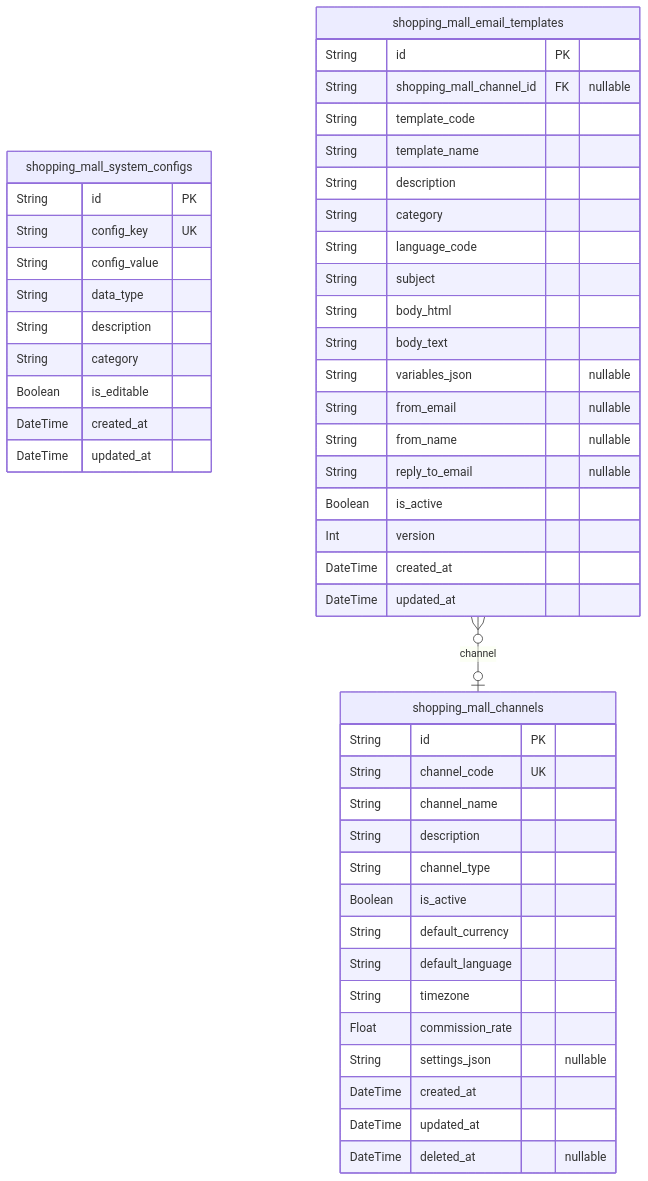
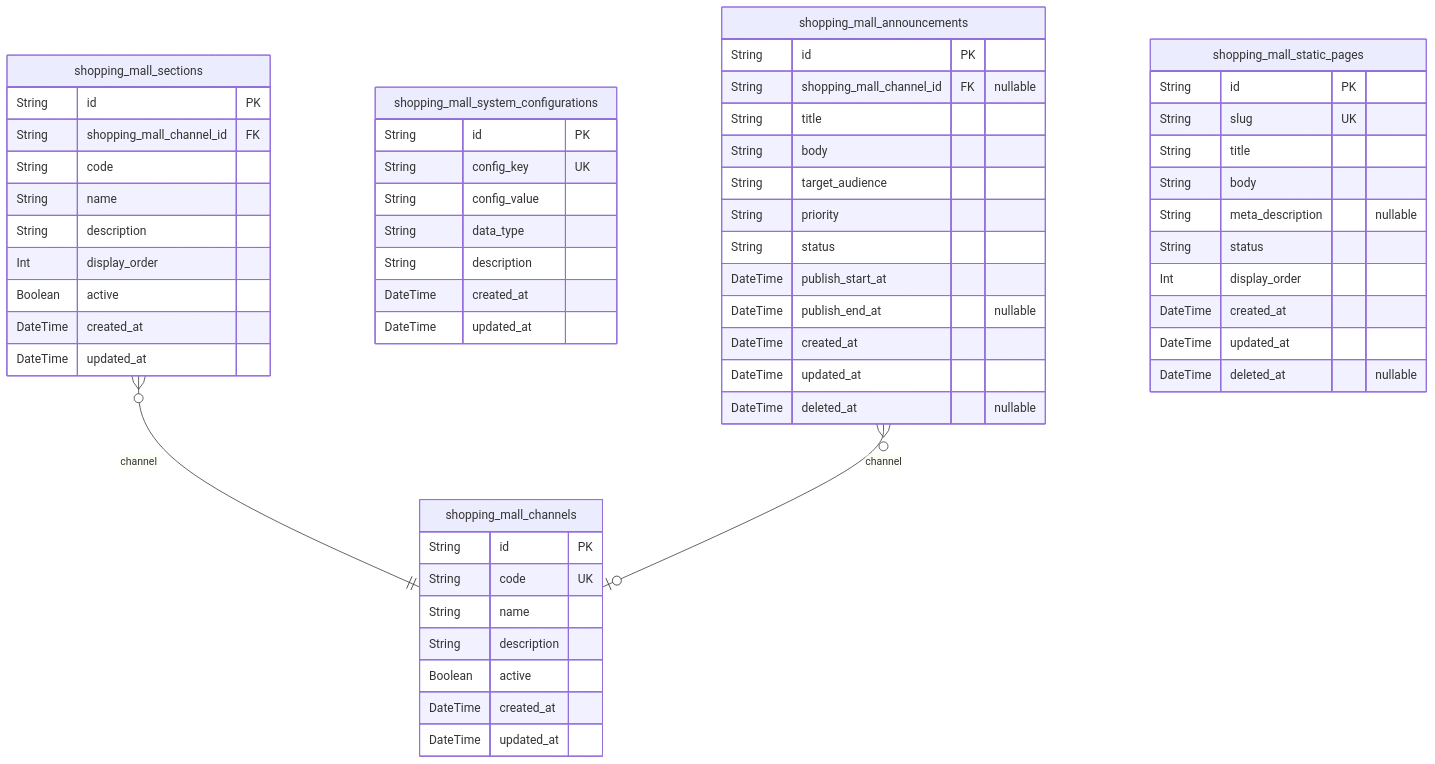
The first of 10 diagrams in anthropic/claude-sonnet-4.5/shopping/docs/ERD.md (wrtnlabs/autobe-examples), drawn with Mermaid before and after one commit. The commit also changed other lines of this file and 16146 other files, not shown here.

````diff
--- a/anthropic/claude-sonnet-4.5/shopping/docs/ERD.md
+++ b/anthropic/claude-sonnet-4.5/shopping/docs/ERD.md
@@ -17,51 +18,60 @@
 ```mermaid
 erDiagram
-"shopping_mall_system_configs" {
+"shopping_mall_channels" {
+  String id PK
+  String code UK
+  String name
+  String description
+  Boolean active
+  DateTime created_at
+  DateTime updated_at
+}
+"shopping_mall_sections" {
+  String id PK
+  String shopping_mall_channel_id FK
+  String code
+  String name
+  String description
+  Int display_order
+  Boolean active
+  DateTime created_at
+  DateTime updated_at
+}
+"shopping_mall_system_configurations" {
   String id PK
   String config_key UK
   String config_value
   String data_type
   String description
-  String category
-  Boolean is_editable
   DateTime created_at
   DateTime updated_at
 }
-"shopping_mall_channels" {
+"shopping_mall_announcements" {
   String id PK
-  String channel_code UK
-  String channel_name
-  String description
-  String channel_type
-  Boolean is_active
-  String default_currency
-  String default_language
-  String timezone
-  Float commission_rate
-  String settings_json "nullable"
+  String shopping_mall_channel_id FK "nullable"
+  String title
+  String body
+  String target_audience
+  String priority
+  String status
+  DateTime publish_start_at
+  DateTime publish_end_at "nullable"
   DateTime created_at
   DateTime updated_at
   DateTime deleted_at "nullable"
 }
-"shopping_mall_email_templates" {
+"shopping_mall_static_pages" {
   String id PK
-  String shopping_mall_channel_id FK "nullable"
-  String template_code
-  String template_name
-  String description
-  String category
-  String language_code
-  String subject
-  String body_html
-  String body_text
-  String variables_json "nullable"
-  String from_email "nullable"
-  String from_name "nullable"
-  String reply_to_email "nullable"
-  Boolean is_active
-  Int version
+  String slug UK
+  String title
+  String body
+  String meta_description "nullable"
+  String status
+  Int display_order
   DateTime created_at
   DateTime updated_at
+  DateTime deleted_at "nullable"
 }
-"shopping_mall_email_templates" }o--o| "shopping_mall_channels" : channel
+"shopping_mall_sections" }o--|| "shopping_mall_channels" : channel
+"shopping_mall_announcements" }o--o| "shopping_mall_channels" : channel
 ```
````
